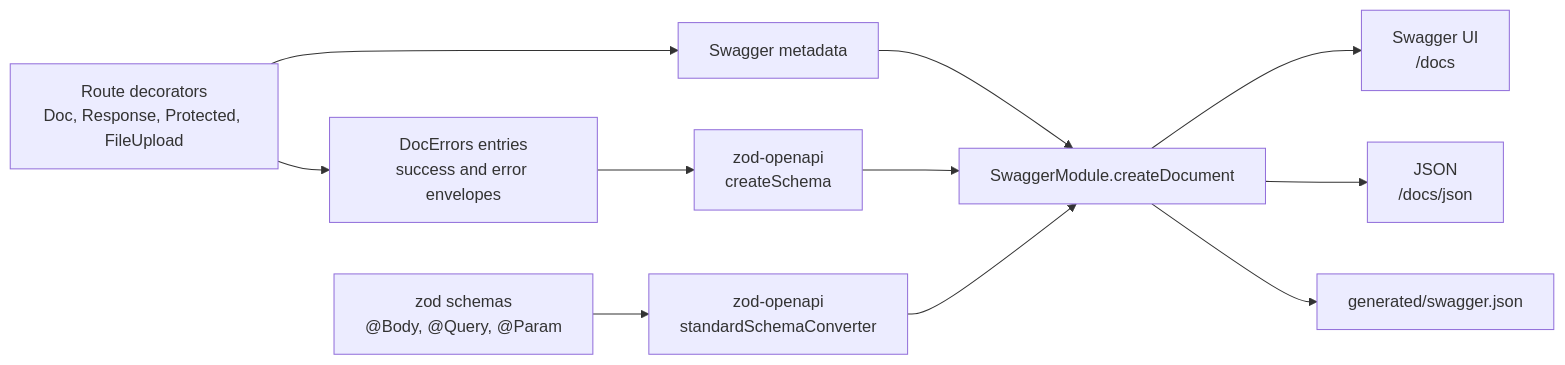
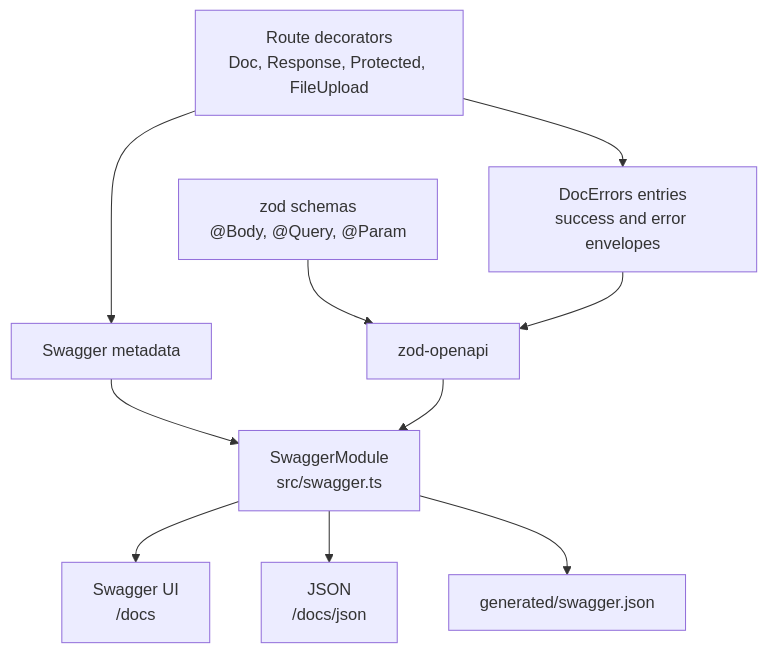
The diagram in docs/concepts/api-documentation.md (andrechristikan/ack-nestjs-boilerplate), drawn with Mermaid before and after one commit. The commit also changed other lines of this file and 35 other files, not shown here.

Commit message:
docs: draw every diagram top to bottom and match each to its page

````diff
--- a/docs/concepts/api-documentation.md
+++ b/docs/concepts/api-documentation.md
@@ -32,13 +34,12 @@
 ```mermaid
-flowchart LR
+flowchart TB
     ROUTE["Route decorators<br/>Doc, Response, Protected, FileUpload"] --> META["Swagger metadata"]
     ROUTE --> ENTRIES["DocErrors entries<br/>success and error envelopes"]
-    ENTRIES --> CS["zod-openapi<br/>createSchema"]
-    SCHEMA["zod schemas<br/>@Body, @Query, @Param"] --> ZO["zod-openapi<br/>standardSchemaConverter"]
-    META --> DOC["SwaggerModule.createDocument"]
-    CS --> DOC
+    SCHEMA["zod schemas<br/>@Body, @Query, @Param"] --> ZO["zod-openapi"]
+    ENTRIES --> ZO
+    META --> DOC["SwaggerModule<br/>src/swagger.ts"]
     ZO --> DOC
     DOC --> UI["Swagger UI<br/>/docs"]
     DOC --> JSON["JSON<br/>/docs/json"]
     DOC --> FILE["generated/swagger.json"]
 ```
````
